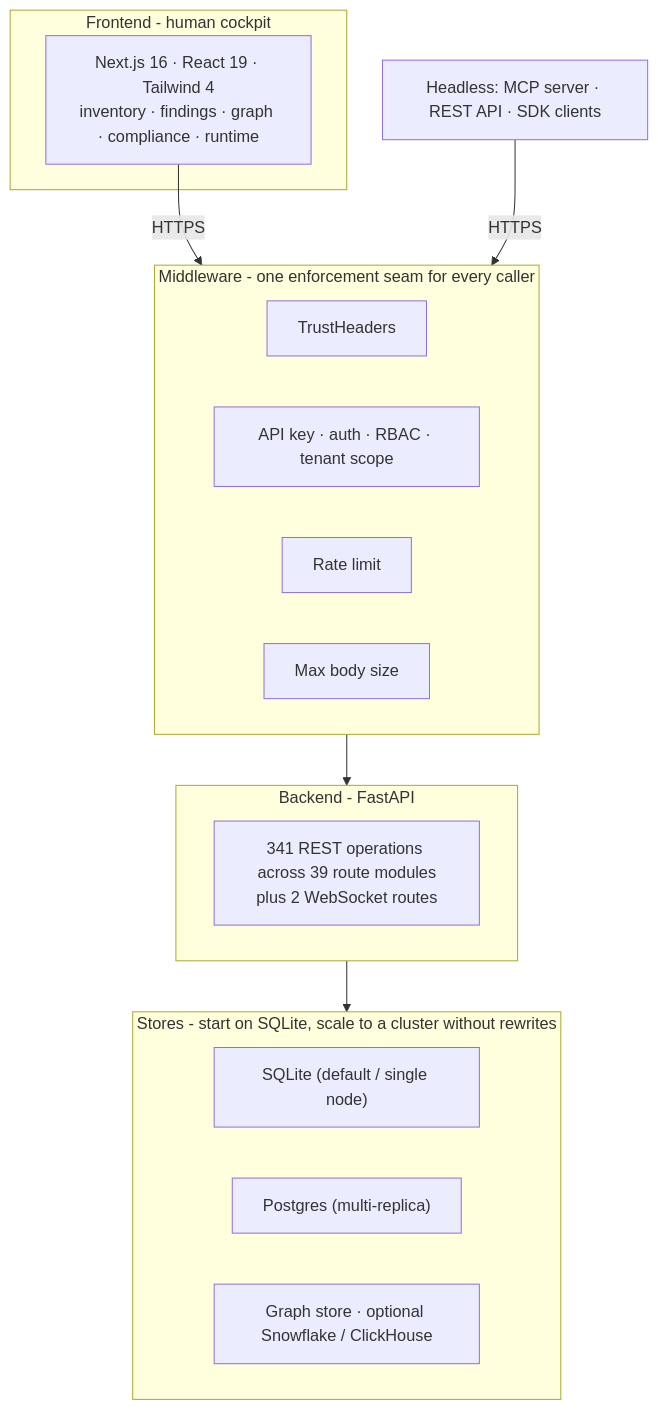
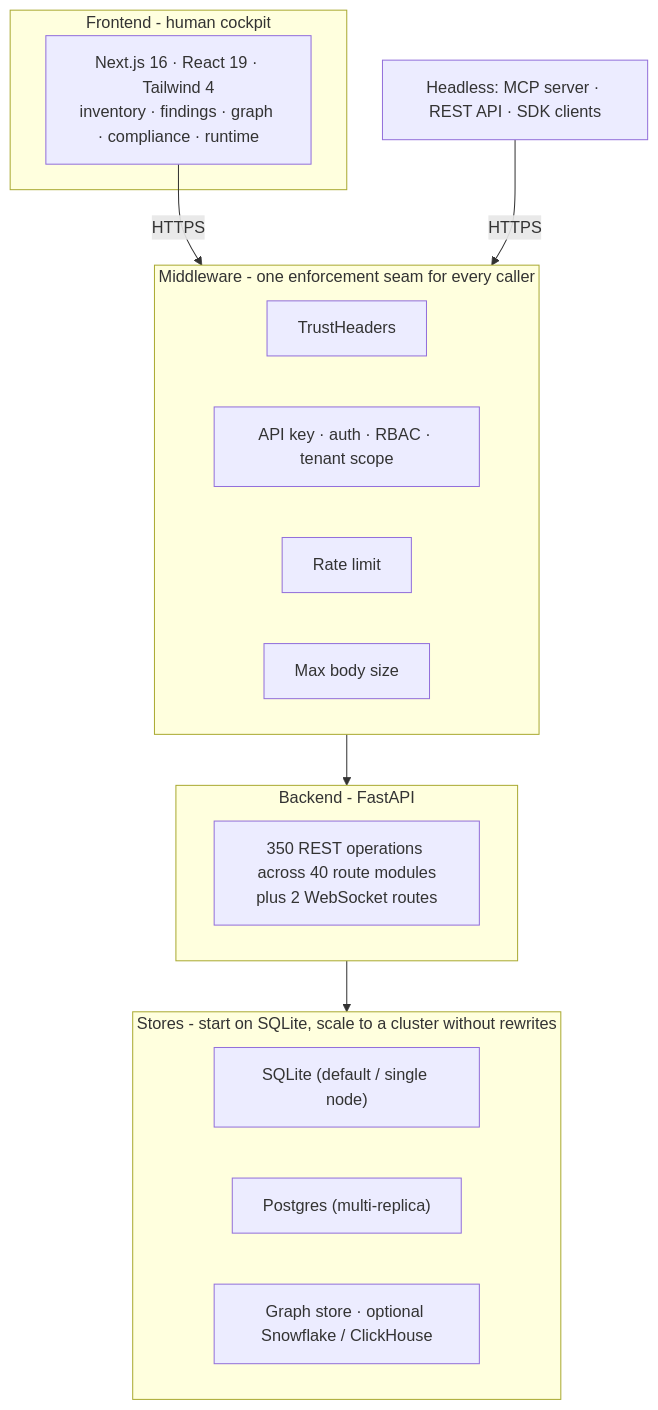
The fourth of 9 diagrams in docs/ARCHITECTURE.md (msaad00/agent-bom), drawn with Mermaid before and after one commit. The commit also changed 19 other files, not shown here.

````diff
--- a/docs/ARCHITECTURE.md
+++ b/docs/ARCHITECTURE.md
@@ -146,26 +146,26 @@
 ```mermaid
 flowchart TB
     subgraph FE["Frontend - human cockpit"]
         UI["Next.js 16 · React 19 · Tailwind 4\ninventory · findings · graph · compliance · runtime"]
     end
     subgraph MW["Middleware - one enforcement seam for every caller"]
         M1["TrustHeaders"]
         M2["API key · auth · RBAC · tenant scope"]
         M3["Rate limit"]
         M4["Max body size"]
     end
     subgraph BE["Backend - FastAPI"]
-        R["341 REST operations across 39 route modules\nplus 2 WebSocket routes"]
+        R["350 REST operations across 40 route modules\nplus 2 WebSocket routes"]
     end
     subgraph ST["Stores - start on SQLite, scale to a cluster without rewrites"]
         S1["SQLite (default / single node)"]
         S2["Postgres (multi-replica)"]
         S3["Graph store · optional Snowflake / ClickHouse"]
     end
 
     EXTAGENT["Headless: MCP server · REST API · SDK clients"]
 
     UI -->|HTTPS| MW
     EXTAGENT -->|HTTPS| MW
     MW --> BE --> ST
 ```
````
